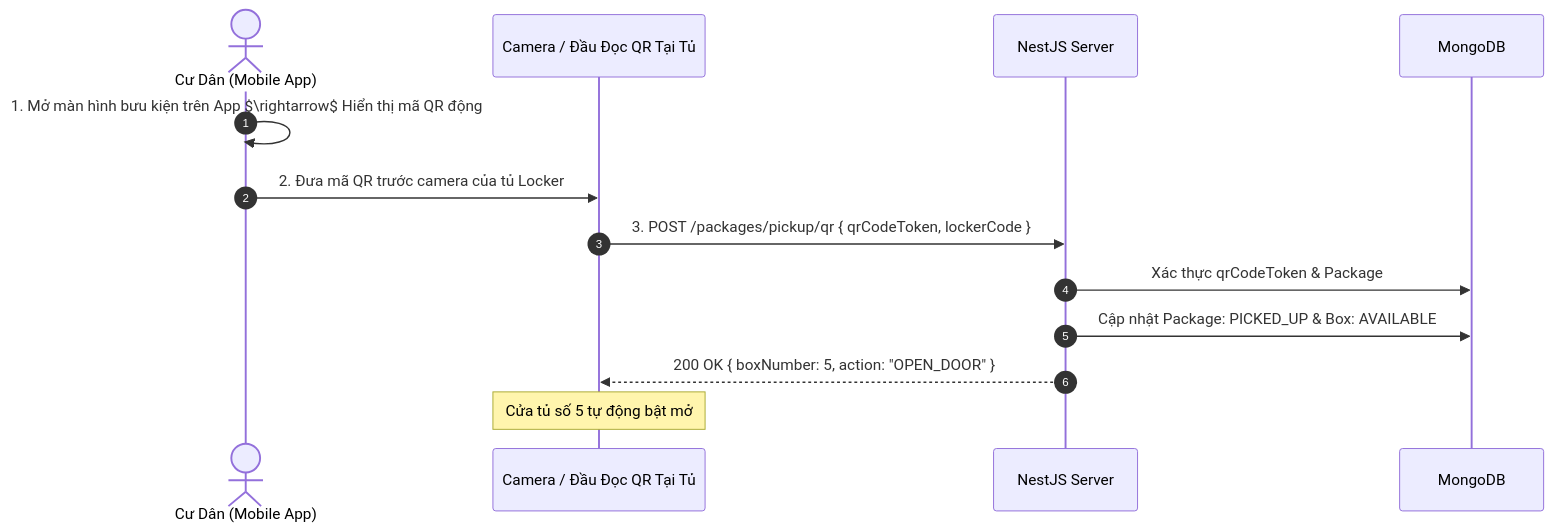
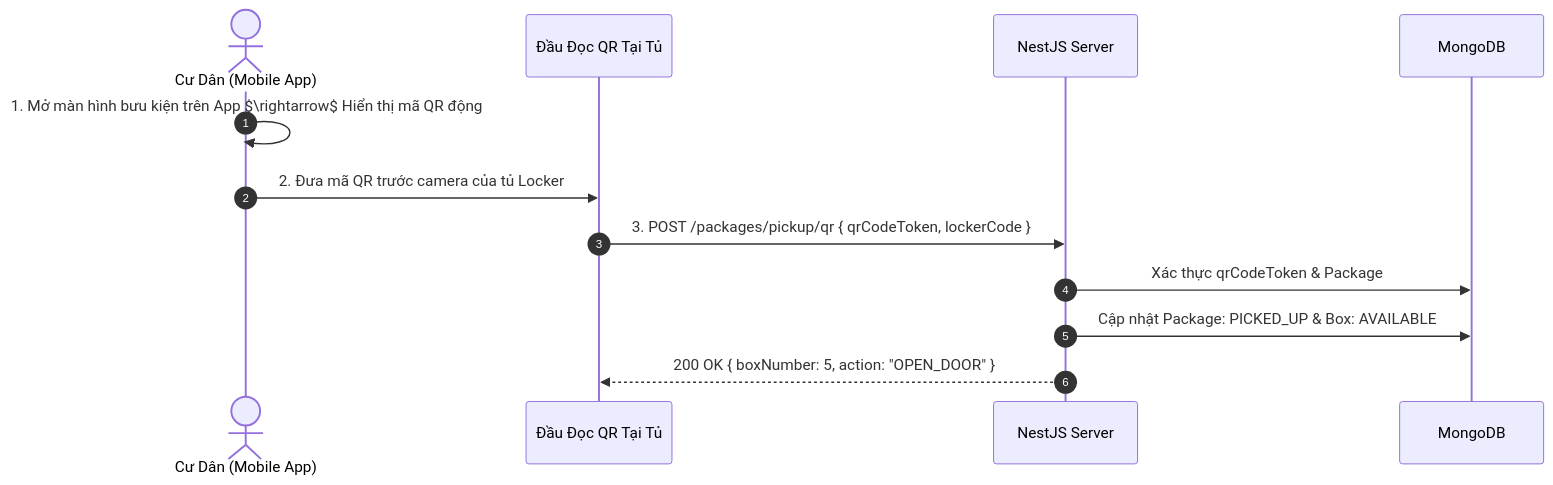
The fourth of 4 diagrams in src/docs/delivery_retrieval_system.md (xuanphat0505/smart-locker-server), drawn with Mermaid before and after one commit. The commit also changed other lines of this file and 17 other files, not shown here.

Commit message:
feat(notifications): add socket.io gateway and smtp mail approval flow (#8)

````diff
--- a/src/docs/delivery_retrieval_system.md
+++ b/src/docs/delivery_retrieval_system.md
@@ -215,16 +226,15 @@
 ```mermaid
 sequenceDiagram
     autonumber
     actor Resident as Cư Dân (Mobile App)
-    participant LockerCamera as Camera / Đầu Đọc QR Tại Tủ
+    participant LockerCamera as Đầu Đọc QR Tại Tủ
     participant Backend as NestJS Server
     participant DB as MongoDB
 
     Resident->>Resident: 1. Mở màn hình bưu kiện trên App $\rightarrow$ Hiển thị mã QR động
     Resident->>LockerCamera: 2. Đưa mã QR trước camera của tủ Locker
     LockerCamera->>Backend: 3. POST /packages/pickup/qr { qrCodeToken, lockerCode }
     Backend->>DB: Xác thực qrCodeToken & Package
     Backend->>DB: Cập nhật Package: PICKED_UP & Box: AVAILABLE
     Backend-->>LockerCamera: 200 OK { boxNumber: 5, action: "OPEN_DOOR" }
-    Note over LockerCamera: Cửa tủ số 5 tự động bật mở
 ```
````
